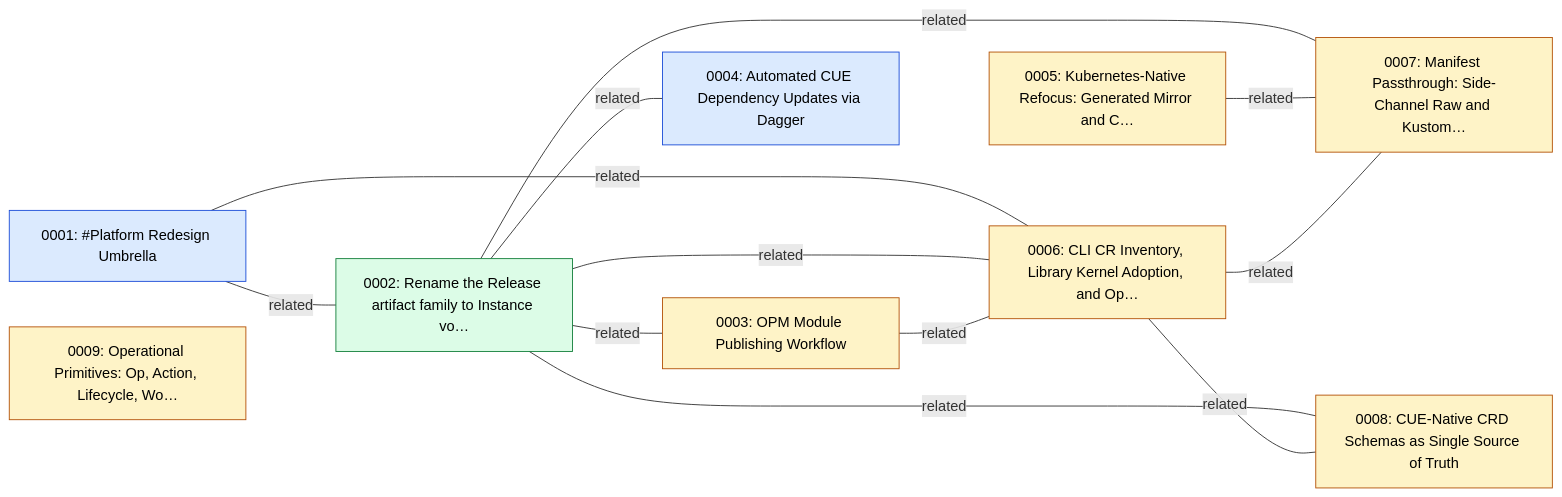
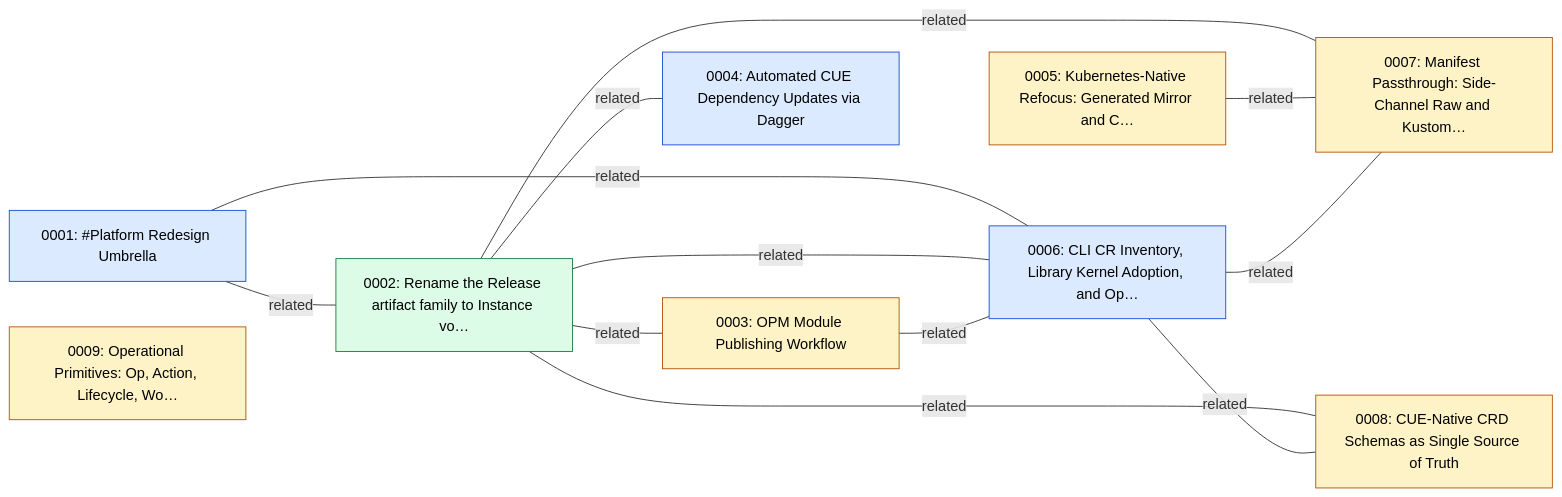
The first of 2 diagrams in GRAPH.md (open-platform-model/enhancements), drawn with Mermaid before and after one commit. The commit also changed 9 other files, not shown here.

````diff
--- a/GRAPH.md
+++ b/GRAPH.md
@@ -5,30 +5,30 @@
 ```mermaid
 graph LR
   classDef draft       fill:#fef3c7,stroke:#b45309,color:#000
   classDef accepted    fill:#dbeafe,stroke:#1d4ed8,color:#000
   classDef implemented fill:#dcfce7,stroke:#15803d,color:#000
   classDef superseded  fill:#e5e7eb,stroke:#6b7280,color:#6b7280
   classDef legacy      fill:#fafafa,stroke:#9ca3af,color:#6b7280,stroke-dasharray:3 3
 
   N0001["0001: #Platform Redesign Umbrella"]:::accepted
   N0002["0002: Rename the Release artifact family to Instance vo…"]:::implemented
   N0003["0003: OPM Module Publishing Workflow"]:::draft
   N0004["0004: Automated CUE Dependency Updates via Dagger"]:::accepted
   N0005["0005: Kubernetes-Native Refocus: Generated Mirror and C…"]:::draft
-  N0006["0006: CLI CR Inventory, Library Kernel Adoption, and Op…"]:::draft
+  N0006["0006: CLI CR Inventory, Library Kernel Adoption, and Op…"]:::accepted
   N0007["0007: Manifest Passthrough: Side-Channel Raw and Kustom…"]:::draft
   N0008["0008: CUE-Native CRD Schemas as Single Source of Truth"]:::draft
   N0009["0009: Operational Primitives: Op, Action, Lifecycle, Wo…"]:::draft
 
   N0001 ---|related| N0002
   N0001 ---|related| N0006
   N0002 ---|related| N0003
   N0002 ---|related| N0004
   N0002 ---|related| N0006
   N0002 ---|related| N0007
   N0002 ---|related| N0008
   N0003 ---|related| N0006
   N0005 ---|related| N0007
   N0006 ---|related| N0007
   N0006 ---|related| N0008
 ```
````
